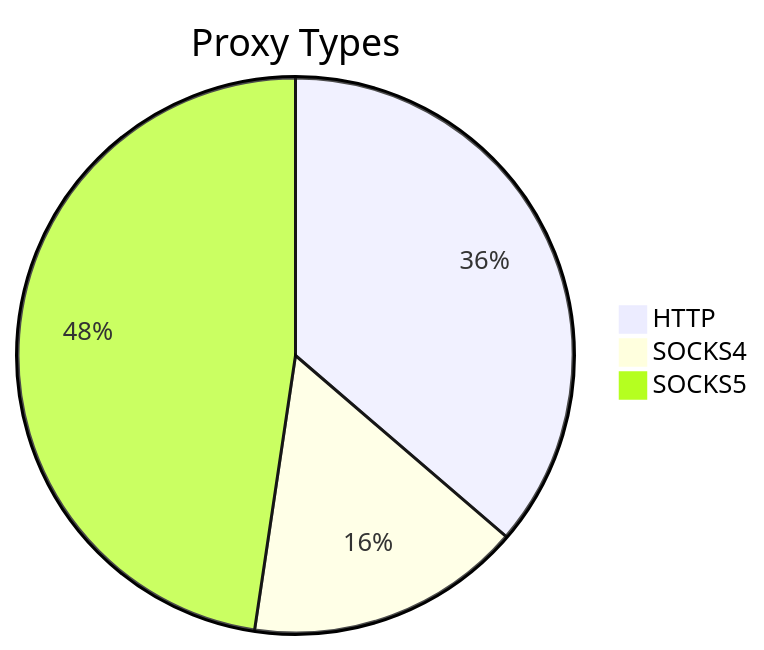
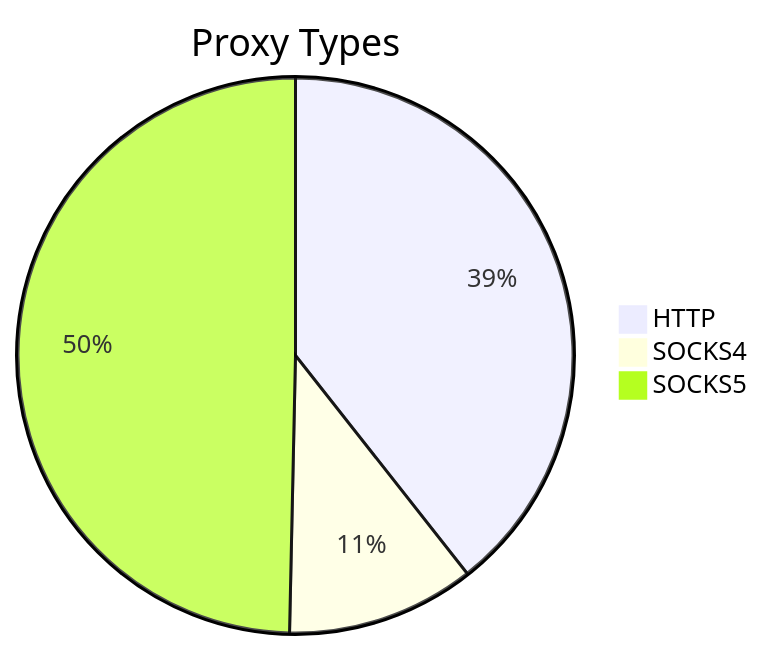
The first of 2 diagrams in README.md (stormsia/proxy-list), drawn with Mermaid before and after one commit. The commit also changed other lines of this file, not shown here.

````diff
--- a/README.md
+++ b/README.md
@@ -21,6 +21,6 @@
 ```mermaid
 pie title Proxy Types
-    "HTTP" : 208
-    "SOCKS4" : 92
-    "SOCKS5" : 273
+    "HTTP" : 115
+    "SOCKS4" : 32
+    "SOCKS5" : 145
 ```
````
